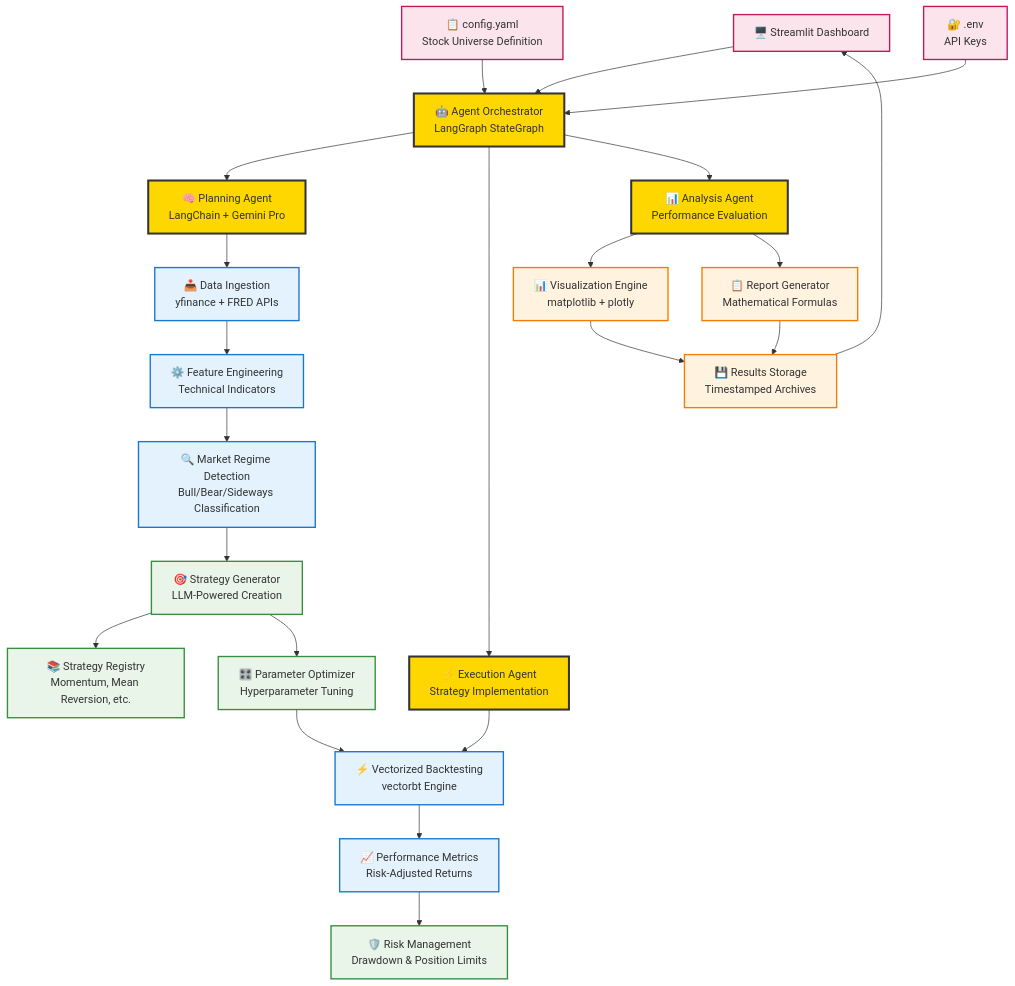
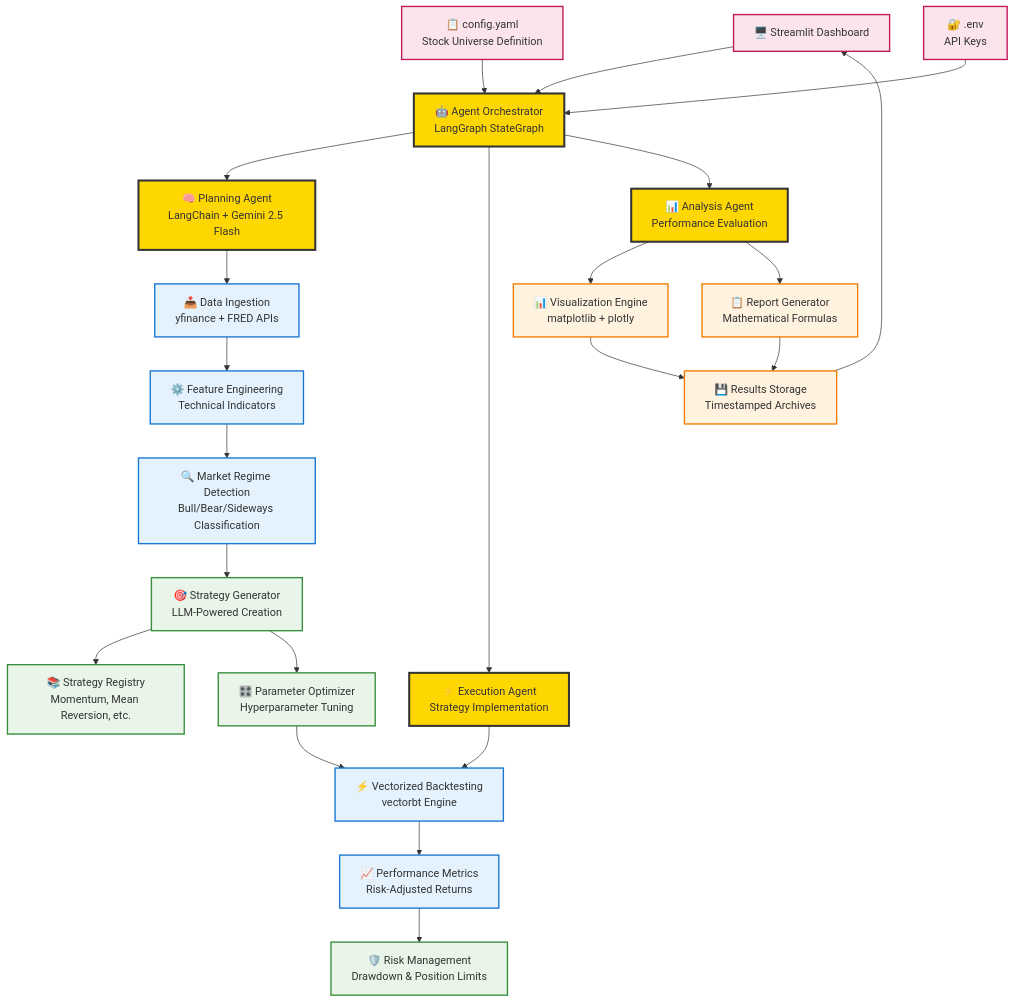
The first of 4 diagrams in DESIGN.md (OnePunchMonk/AgentQuant), drawn with Mermaid before and after one commit. The commit also changed other lines of this file and 2 other files, not shown here.

Commit message:
Cleanup documentation: remove redundant files and update docs for Gemini 2.5 Flash integration

````diff
--- a/DESIGN.md
+++ b/DESIGN.md
@@ -21,77 +21,77 @@
 ```mermaid
 flowchart TB
     %% Input Layer
     UI[🖥️ Streamlit Dashboard] 
     CONFIG[📋 config.yaml<br/>Stock Universe Definition]
     ENV[🔐 .env<br/>API Keys]
     
     %% Agent Orchestration Layer
     ORCHESTRATOR[🤖 Agent Orchestrator<br/>LangGraph StateGraph]
     
     %% Core Agent Components
-    PLANNER[🧠 Planning Agent<br/>LangChain + Gemini Pro]
+    PLANNER[🧠 Planning Agent<br/>LangChain + Gemini 2.5 Flash]
     EXECUTOR[⚡ Execution Agent<br/>Strategy Implementation]
     ANALYZER[📊 Analysis Agent<br/>Performance Evaluation]
     
     %% Data Processing Pipeline
     INGEST[📥 Data Ingestion<br/>yfinance + FRED APIs]
     FEATURES[⚙️ Feature Engineering<br/>Technical Indicators]
     REGIME[🔍 Market Regime Detection<br/>Bull/Bear/Sideways Classification]
     
     %% Strategy Development Pipeline
     REGISTRY[📚 Strategy Registry<br/>Momentum, Mean Reversion, etc.]
     GENERATOR[🎯 Strategy Generator<br/>LLM-Powered Creation]
     OPTIMIZER[🎛️ Parameter Optimizer<br/>Hyperparameter Tuning]
     
     %% Backtesting & Analysis
     BACKTEST[⚡ Vectorized Backtesting<br/>vectorbt Engine]
     METRICS[📈 Performance Metrics<br/>Risk-Adjusted Returns]
     RISK[🛡️ Risk Management<br/>Drawdown & Position Limits]
     
     %% Output Generation
     VISUALIZER[📊 Visualization Engine<br/>matplotlib + plotly]
     FORMATTER[📋 Report Generator<br/>Mathematical Formulas]
     STORAGE[💾 Results Storage<br/>Timestamped Archives]
     
     %% Data Flow Connections
     UI --> ORCHESTRATOR
     CONFIG --> ORCHESTRATOR
     ENV --> ORCHESTRATOR
     
     ORCHESTRATOR --> PLANNER
     ORCHESTRATOR --> EXECUTOR  
     ORCHESTRATOR --> ANALYZER
     
     PLANNER --> INGEST
     INGEST --> FEATURES
     FEATURES --> REGIME
     REGIME --> GENERATOR
     
     GENERATOR --> REGISTRY
     GENERATOR --> OPTIMIZER
     OPTIMIZER --> BACKTEST
     
     EXECUTOR --> BACKTEST
     BACKTEST --> METRICS
     METRICS --> RISK
     
     ANALYZER --> VISUALIZER
     ANALYZER --> FORMATTER
     VISUALIZER --> STORAGE
     FORMATTER --> STORAGE
     
     STORAGE --> UI
     
     %% Styling
     classDef agent fill:#ffd700,stroke:#333,stroke-width:3px
     classDef data fill:#e3f2fd,stroke:#1976d2,stroke-width:2px
     classDef strategy fill:#e8f5e8,stroke:#388e3c,stroke-width:2px
     classDef output fill:#fff3e0,stroke:#f57c00,stroke-width:2px
     classDef input fill:#fce4ec,stroke:#c2185b,stroke-width:2px
     
     class UI,CONFIG,ENV input
     class ORCHESTRATOR,PLANNER,EXECUTOR,ANALYZER agent
     class INGEST,FEATURES,REGIME,BACKTEST,METRICS data
     class REGISTRY,GENERATOR,OPTIMIZER,RISK strategy
     class VISUALIZER,FORMATTER,STORAGE output
 ```
````
